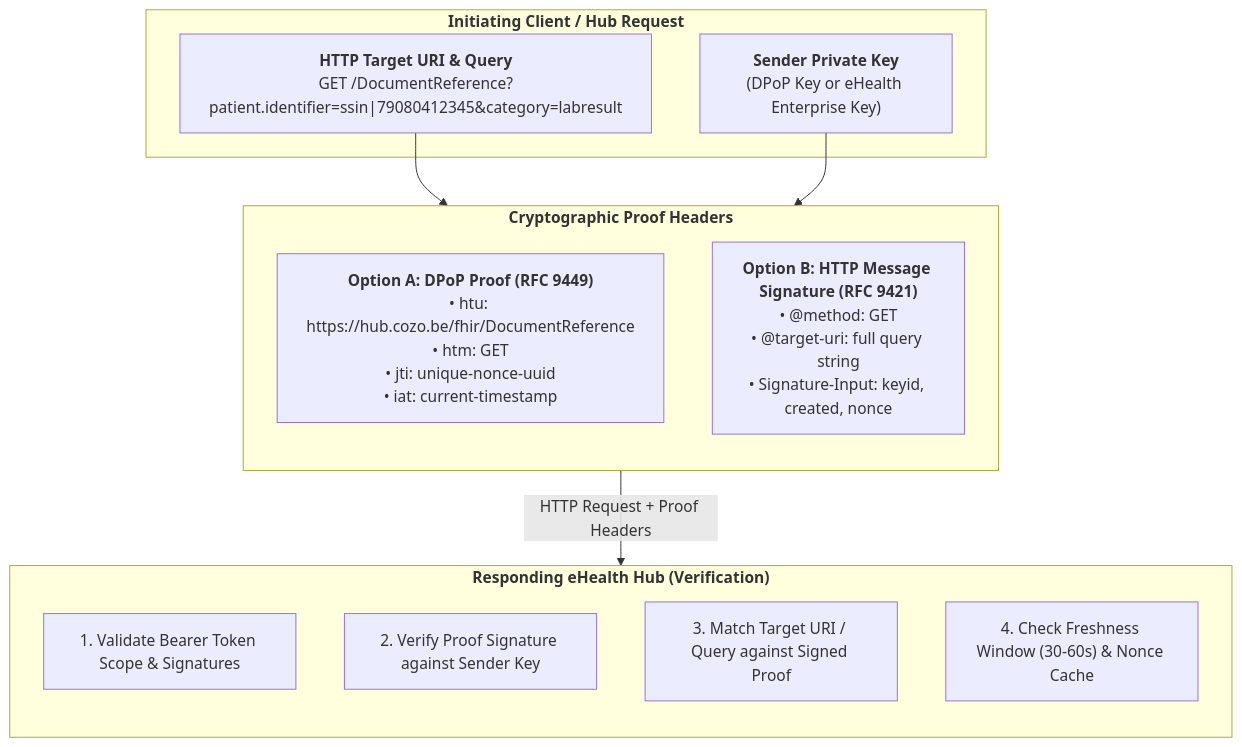
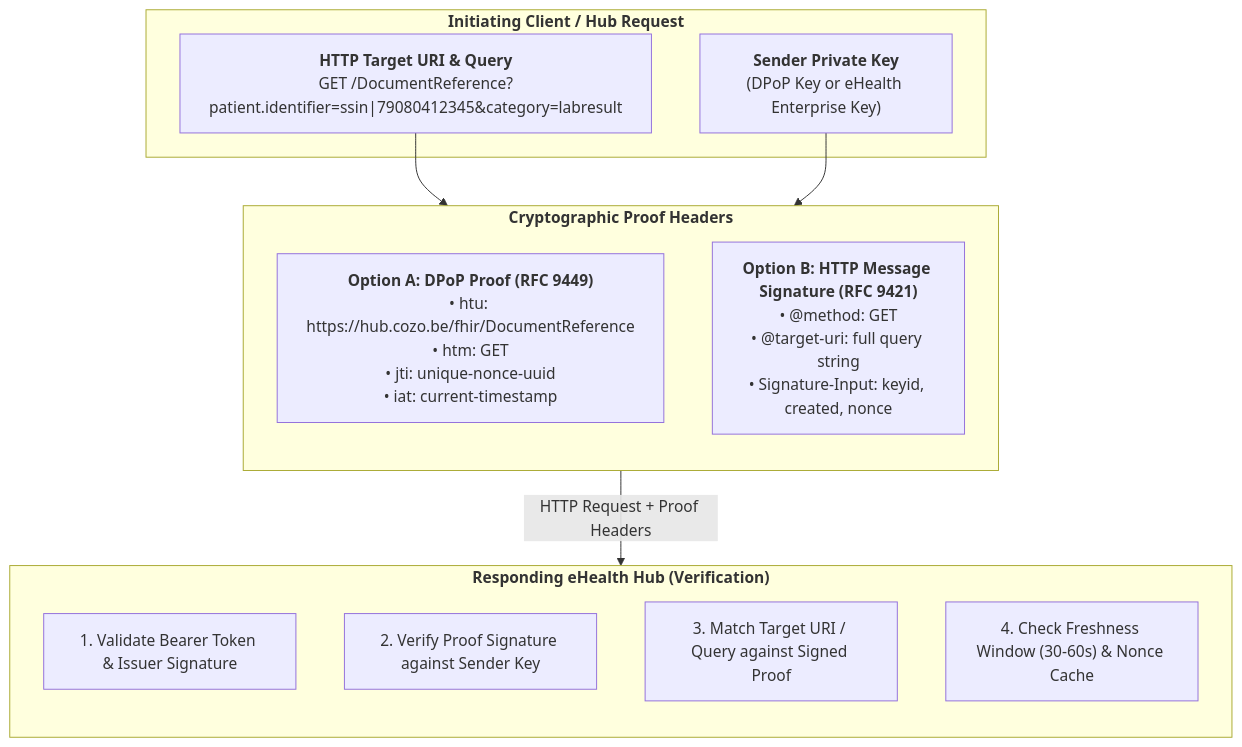
Before and after one commit to Erwin-Bellon/hubsharing: the fourth of 5 diagrams in input/pagecontent/security.md, drawn with Mermaid. The commit also changed other lines of this file and 17 other files, not shown here.

````diff
--- a/input/pagecontent/security.md
+++ b/input/pagecontent/security.md
@@ -166,25 +197,25 @@
 ```mermaid
 flowchart TD
     subgraph Request["<b>Initiating Client / Hub Request</b>"]
         URI["<b>HTTP Target URI & Query</b><br/>GET /DocumentReference?patient.identifier=ssin|79080412345&category=labresult"]
         Key["<b>Sender Private Key</b><br/>(DPoP Key or eHealth Enterprise Key)"]
     end
 
     subgraph SecurityHeaders["<b>Cryptographic Proof Headers</b>"]
         direction TB
         DPoP["<b>Option A: DPoP Proof (RFC 9449)</b><br/>• htu: https://hub.cozo.be/fhir/DocumentReference<br/>• htm: GET<br/>• jti: unique-nonce-uuid<br/>• iat: current-timestamp"]
         HTTPsig["<b>Option B: HTTP Message Signature (RFC 9421)</b><br/>• @method: GET<br/>• @target-uri: full query string<br/>• Signature-Input: keyid, created, nonce"]
     end
 
     subgraph TargetHub["<b>Responding eHealth Hub (Verification)</b>"]
         direction TB
-        V1["1. Validate Bearer Token Scope & Signatures"]
+        V1["1. Validate Bearer Token & Issuer Signature"]
         V2["2. Verify Proof Signature against Sender Key"]
         V3["3. Match Target URI / Query against Signed Proof"]
         V4["4. Check Freshness Window (30-60s) & Nonce Cache"]
     end
 
     URI --> SecurityHeaders
     Key --> SecurityHeaders
     SecurityHeaders -->|"HTTP Request + Proof Headers"| TargetHub
 ```
````
